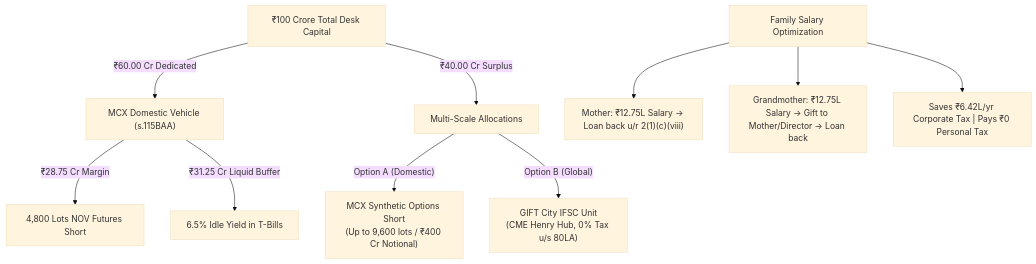
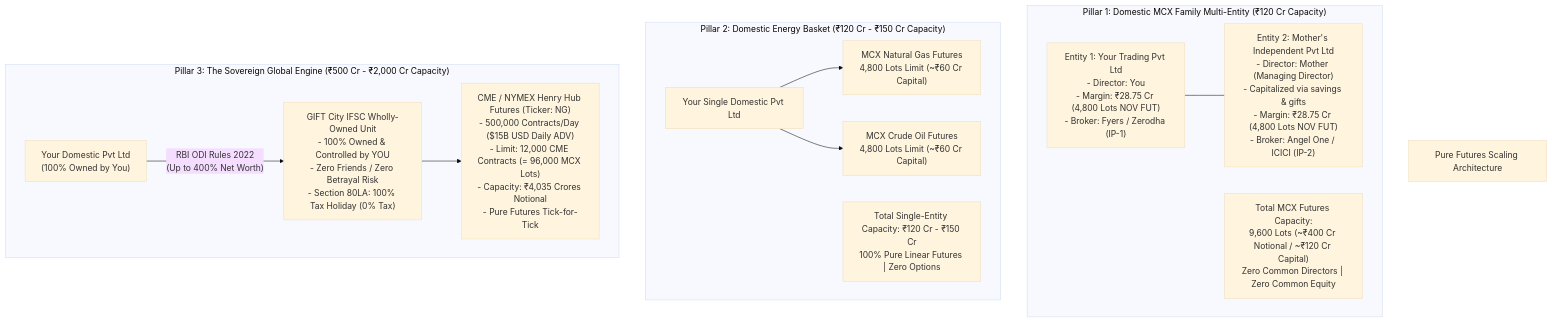
The second of 2 diagrams in models/execution_and_tax_validation_plan.md (yieldchaser/mcx-margins), drawn with Mermaid (base theme) before and after one commit. The commit also changed other lines of this file, not shown here.

Commit message:
docs(models): add pure futures scaling framework and excel milestone audit

````diff
--- a/models/execution_and_tax_validation_plan.md
+++ b/models/execution_and_tax_validation_plan.md
@@ -221,16 +96,24 @@
 ```mermaid
-graph TD
-    Capital["₹100 Crore Total Desk Capital"]
+flowchart TD
+    Desk["Pure Futures Scaling Architecture"]
     
-    Capital -->|"₹60.00 Cr Dedicated"| MCX["MCX Domestic Vehicle (s.115BAA)"]
-    MCX -->|"₹28.75 Cr Margin"| Futures["4,800 Lots NOV Futures Short"]
-    MCX -->|"₹31.25 Cr Liquid Buffer"| Tbills["6.5% Idle Yield in T-Bills"]
+    subgraph Pillar1["Pillar 1: Domestic MCX Family Multi-Entity (₹120 Cr Capacity)"]
+        E1["Entity 1: Your Trading Pvt Ltd\n- Director: You\n- Margin: ₹28.75 Cr (4,800 Lots NOV FUT)\n- Broker: Fyers / Zerodha (IP-1)"]
+        E2["Entity 2: Mother's Independent Pvt Ltd\n- Director: Mother (Managing Director)\n- Capitalized via savings & gifts\n- Margin: ₹28.75 Cr (4,800 Lots NOV FUT)\n- Broker: Angel One / ICICI (IP-2)"]
+        E1 --- E2
+        Note1["Total MCX Futures Capacity:\n9,600 Lots (~₹400 Cr Notional / ~₹120 Cr Capital)\nZero Common Directors | Zero Common Equity"]
+    end
     
-    Capital -->|"₹40.00 Cr Surplus"| Growth["Multi-Scale Allocations"]
-    Growth -->|"Option A (Domestic)"| Synth["MCX Synthetic Options Short\n(Up to 9,600 lots / ₹400 Cr Notional)"]
-    Growth -->|"Option B (Global)"| GIFT["GIFT City IFSC Unit\n(CME Henry Hub, 0% Tax u/s 80LA)"]
+    subgraph Pillar2["Pillar 2: Domestic Energy Basket (₹120 Cr - ₹150 Cr Capacity)"]
+        SingleCo["Your Single Domestic Pvt Ltd"]
+        SingleCo --> NG["MCX Natural Gas Futures\n4,800 Lots Limit (~₹60 Cr Capital)"]
+        SingleCo --> CL["MCX Crude Oil Futures\n4,800 Lots Limit (~₹60 Cr Capital)"]
+        Note2["Total Single-Entity Capacity: ₹120 Cr - ₹150 Cr\n100% Pure Linear Futures | Zero Options"]
+    end
     
-    Payroll["Family Salary Optimization"] --> MotherPay["Mother: ₹12.75L Salary -> Loan back u/r 2(1)(c)(viii)"]
-    Payroll --> GranPay["Grandmother: ₹12.75L Salary -> Gift to Mother/Director -> Loan back"]
-    Payroll --> TaxSaved["Saves ₹6.42L/yr Corporate Tax | Pays ₹0 Personal Tax"]
+    subgraph Pillar3["Pillar 3: The Sovereign Global Engine (₹500 Cr - ₹2,000 Cr Capacity)"]
+        HoldCo["Your Domestic Pvt Ltd\n(100% Owned by You)"]
+        HoldCo -->|"RBI ODI Rules 2022\n(Up to 400% Net Worth)"| GIFT["GIFT City IFSC Wholly-Owned Unit\n- 100% Owned & Controlled by YOU\n- Zero Friends / Zero Betrayal Risk\n- Section 80LA: 100% Tax Holiday (0% Tax)"]
+        GIFT --> CME["CME / NYMEX Henry Hub Futures (Ticker: NG)\n- 500,000 Contracts/Day ($15B USD Daily ADV)\n- Limit: 12,000 CME Contracts (= 96,000 MCX Lots)\n- Capacity: ₹4,035 Crores Notional\n- Pure Futures Tick-for-Tick"]
+    end
 ```
````
